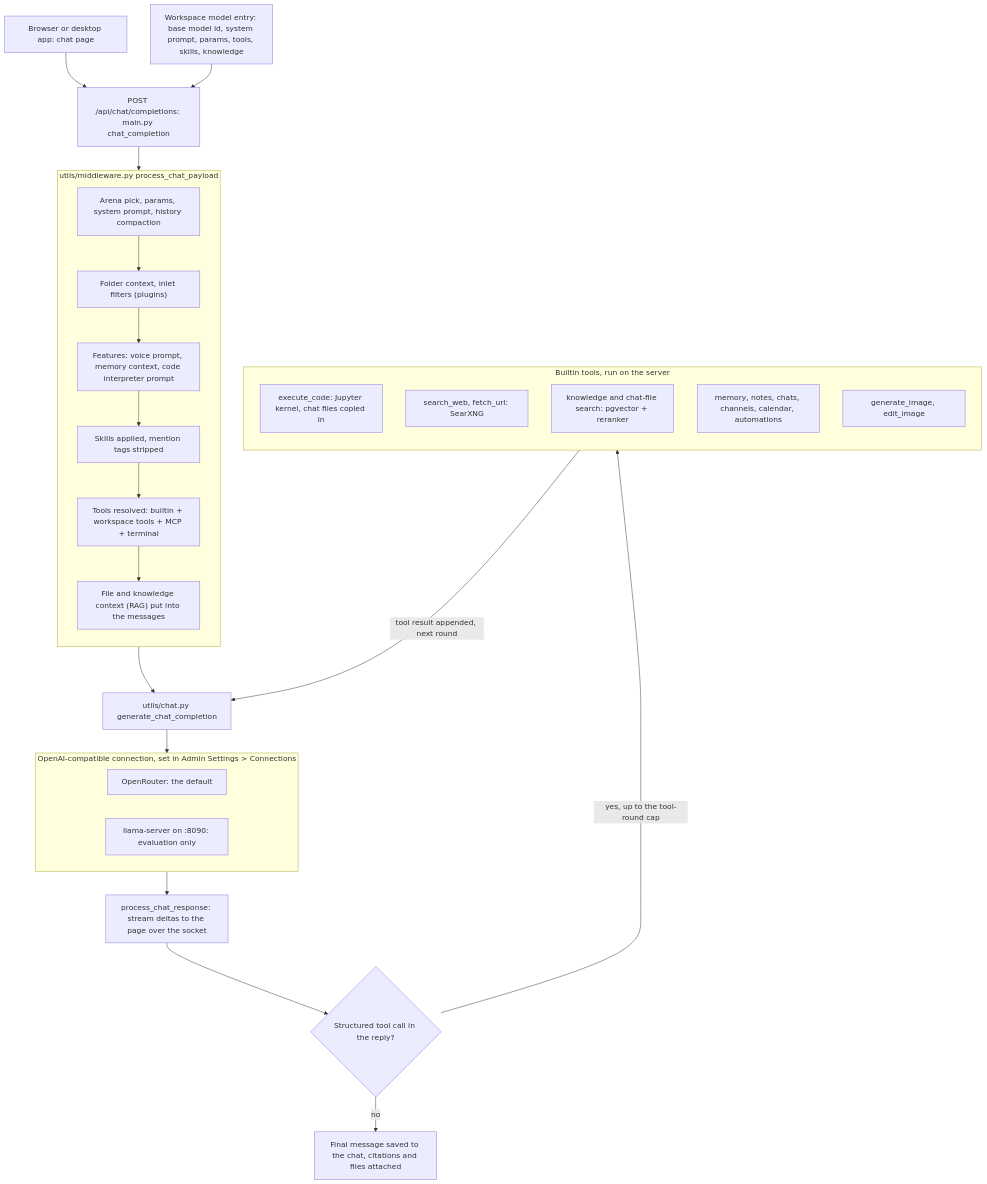
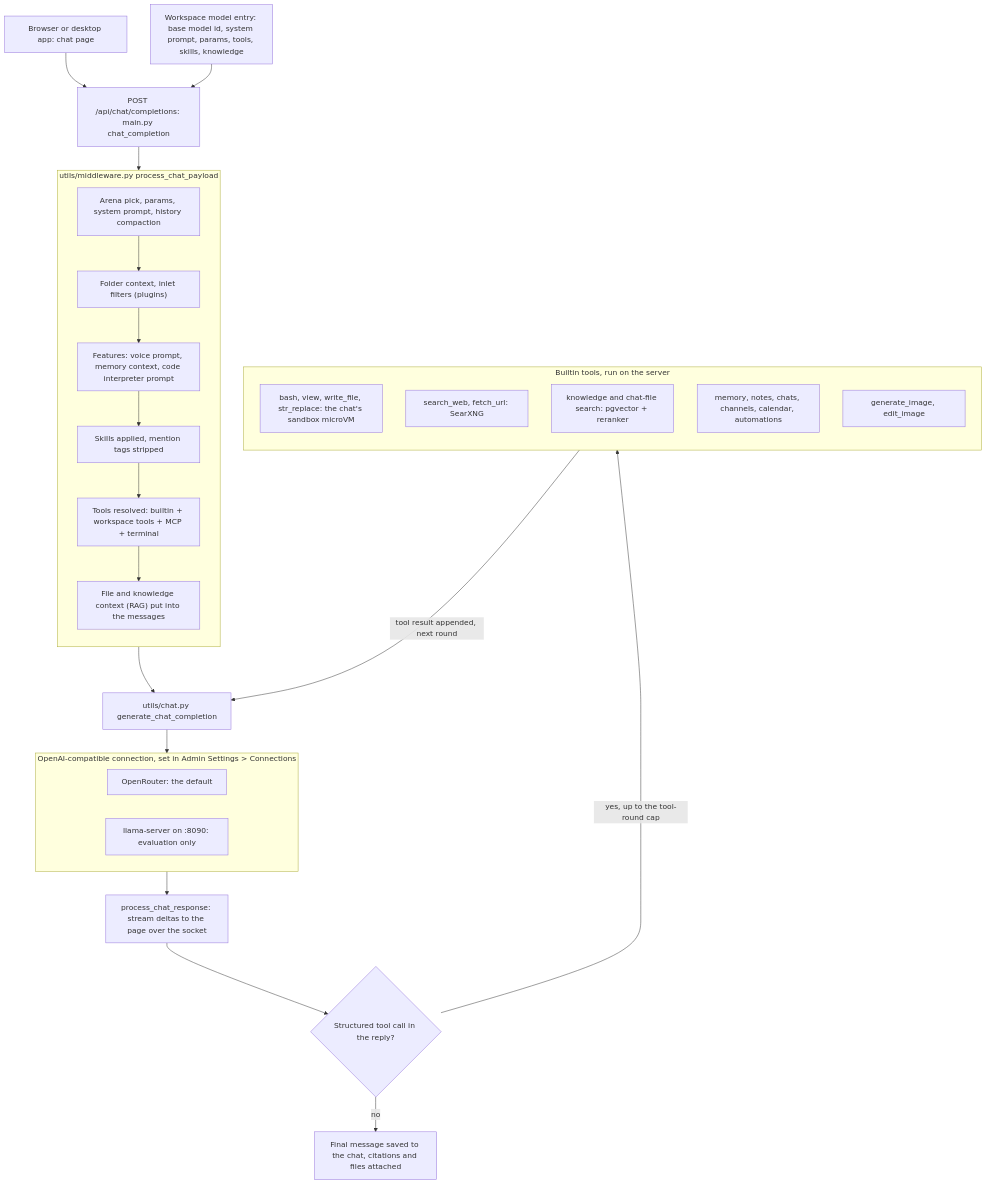
Before and after one commit to epittman23/local-llm: the diagram in docs/guides/features-chat-pipeline.mmd, drawn with Mermaid. The commit also changed 75 other files, not shown here.

```diff
--- a/docs/guides/features-chat-pipeline.mmd
+++ b/docs/guides/features-chat-pipeline.mmd
@@ -1,48 +1,48 @@
 flowchart TB
   page["Browser or desktop app: chat page"]
   api["POST /api/chat/completions: main.py chat_completion"]
   entry["Workspace model entry: base model id, system prompt, params, tools, skills, knowledge"]
 
   subgraph PAYLOAD["utils/middleware.py process_chat_payload"]
     direction TB
     p1["Arena pick, params, system prompt, history compaction"]
     p2["Folder context, inlet filters (plugins)"]
     p3["Features: voice prompt, memory context, code interpreter prompt"]
     p4["Skills applied, mention tags stripped"]
     p5["Tools resolved: builtin + workspace tools + MCP + terminal"]
     p6["File and knowledge context (RAG) put into the messages"]
     p1 --> p2 --> p3 --> p4 --> p5 --> p6
   end
 
   gen["utils/chat.py generate_chat_completion"]
 
   subgraph CONN["OpenAI-compatible connection, set in Admin Settings > Connections"]
     direction LR
     orr["OpenRouter: the default"]
     llama["llama-server on :8090: evaluation only"]
   end
 
   resp["process_chat_response: stream deltas to the page over the socket"]
   toolCall{"Structured tool call in the reply?"}
 
   subgraph TOOLS["Builtin tools, run on the server"]
     direction TB
-    tCode["execute_code: Jupyter kernel, chat files copied in"]
+    tCode["bash, view, write_file, str_replace: the chat's sandbox microVM"]
     tWeb["search_web, fetch_url: SearXNG"]
     tKnow["knowledge and chat-file search: pgvector + reranker"]
     tMem["memory, notes, chats, channels, calendar, automations"]
     tImg["generate_image, edit_image"]
   end
 
   done["Final message saved to the chat, citations and files attached"]
 
   page --> api
   entry --> api
   api --> PAYLOAD
   PAYLOAD --> gen
   gen --> CONN
   CONN --> resp
   resp --> toolCall
   toolCall -- "yes, up to the tool-round cap" --> TOOLS
   TOOLS -- "tool result appended, next round" --> gen
   toolCall -- "no" --> done
```
